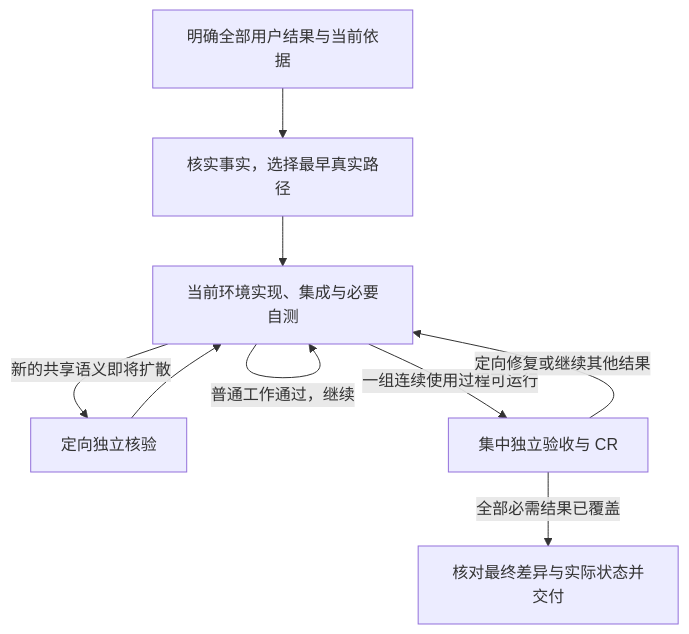
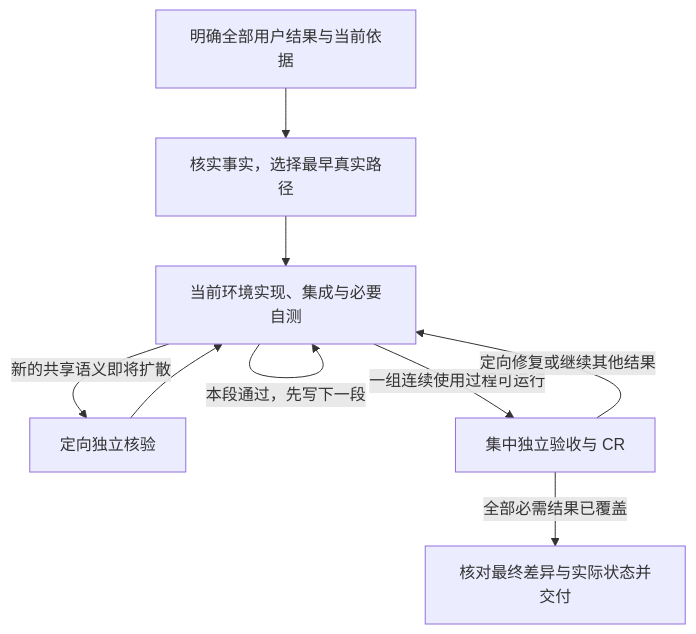
The diagram in references/delivery/agent-delivery-flow.md (ZHXHONG919/ai-coding-playbook), drawn with Mermaid before and after one commit. The commit also changed other lines of this file and 24 other files, not shown here.

````diff
--- a/references/delivery/agent-delivery-flow.md
+++ b/references/delivery/agent-delivery-flow.md
@@ -7,11 +7,11 @@
 ```mermaid
 flowchart TD
   A[明确全部用户结果与当前依据] --> B[核实事实，选择最早真实路径]
   B --> C[当前环境实现、集成与必要自测]
-  C -->|普通工作通过，继续| C
+  C -->|本段通过，先写下一段| C
   C -->|新的共享语义即将扩散| D[定向独立核验]
   D --> C
   C -->|一组连续使用过程可运行| E[集中独立验收与 CR]
   E -->|定向修复或继续其他结果| C
   E -->|全部必需结果已覆盖| F[核对最终差异与实际状态并交付]
 ```
````
